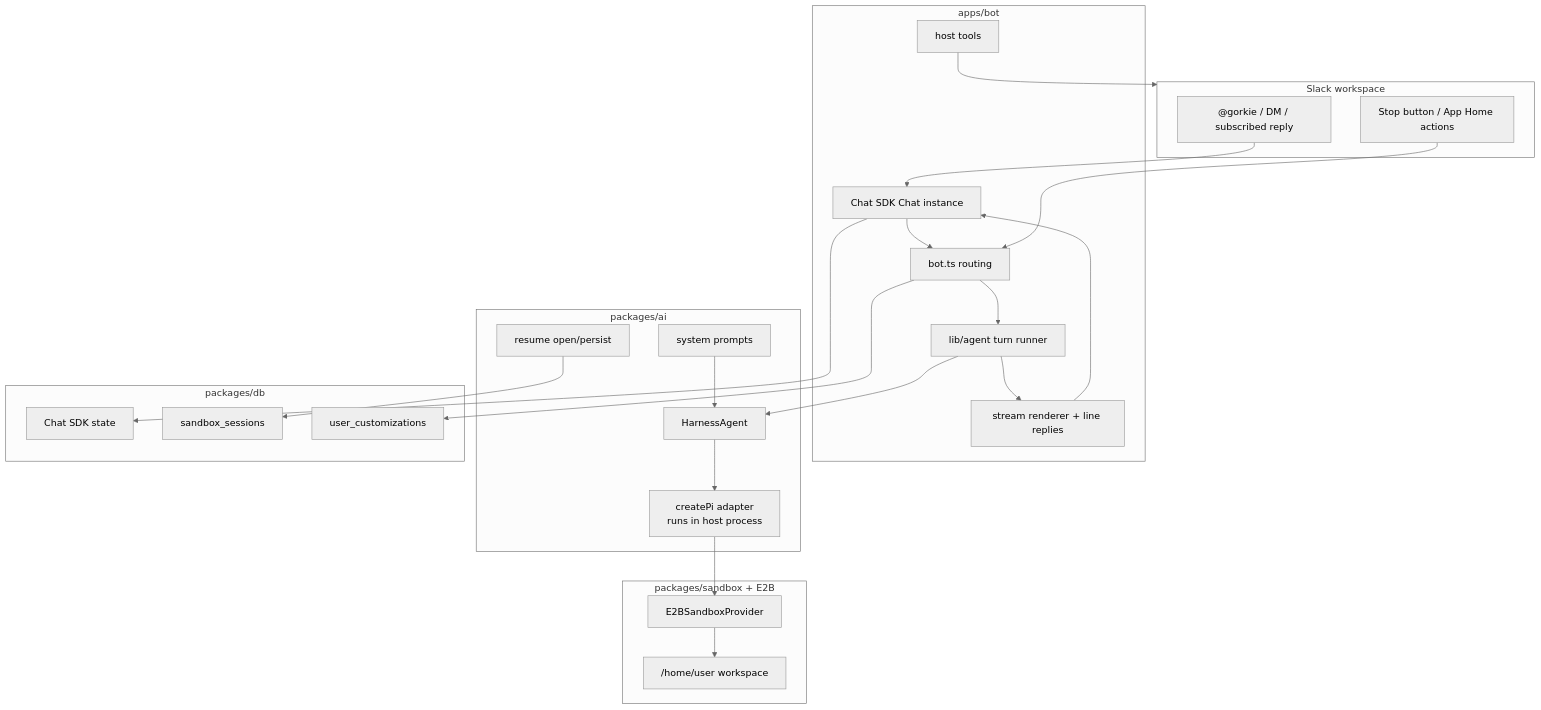
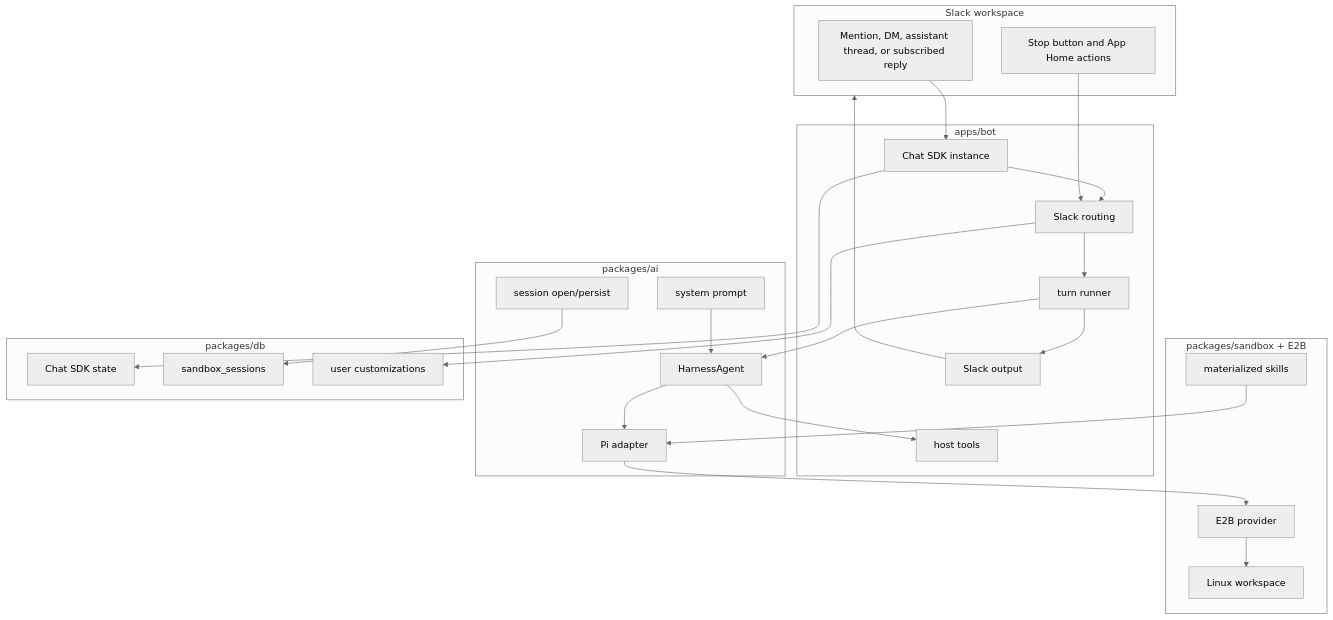
Before and after one commit to imdevarsh/gorkie-slack: the first of 2 diagrams in docs/architecture.md, drawn with Mermaid (neutral theme). The commit also changed other lines of this file and 18 other files, not shown here.

````diff
--- a/docs/architecture.md
+++ b/docs/architecture.md
@@ -21,44 +22,46 @@
 ```mermaid
 flowchart TB
   subgraph Slack["Slack workspace"]
-    Mention["@gorkie / DM / subscribed reply"]
-    Button["Stop button / App Home actions"]
+    Message["Mention, DM, assistant thread, or subscribed reply"]
+    Action["Stop button and App Home actions"]
   end
 
   subgraph Bot["apps/bot"]
-    Chat["Chat SDK Chat instance"]
-    Router["bot.ts routing"]
-    Turn["lib/agent turn runner"]
-    Stream["stream renderer + line replies"]
-    Tools["host tools"]
+    Chat["Chat SDK instance"]
+    Router["Slack routing"]
+    Turn["turn runner"]
+    Stream["Slack output"]
+    HostTools["host tools"]
   end
 
-  subgraph Core["packages/ai"]
+  subgraph Agent["packages/ai"]
     Harness["HarnessAgent"]
-    Pi["createPi adapter\nruns in host process"]
-    Prompts["system prompts"]
-    Resume["resume open/persist"]
+    Pi["Pi adapter"]
+    Prompt["system prompt"]
+    Session["session open/persist"]
   end
 
   subgraph Sandbox["packages/sandbox + E2B"]
-    Provider["E2BSandboxProvider"]
-    Linux["/home/user workspace"]
+    Provider["E2B provider"]
+    Workspace["Linux workspace"]
+    Skills["materialized skills"]
   end
 
   subgraph Data["packages/db"]
     ChatState["Chat SDK state"]
     SandboxRows["sandbox_sessions"]
-    Custom["user_customizations"]
+    Customizations["user customizations"]
   end
 
-  Mention --> Chat --> Router --> Turn
-  Button --> Router
+  Message --> Chat --> Router --> Turn
+  Action --> Router
   Turn --> Harness --> Pi
-  Turn --> Stream --> Chat
-  Tools --> Slack
-  Pi --> Provider --> Linux
-  Resume --> SandboxRows
+  Prompt --> Harness
+  Session --> SandboxRows
+  Pi --> Provider --> Workspace
+  Harness --> HostTools
+  Turn --> Stream --> Slack
   Chat --> ChatState
-  Prompts --> Harness
-  Router --> Custom
+  Router --> Customizations
+  Skills --> Pi
 ```
````
